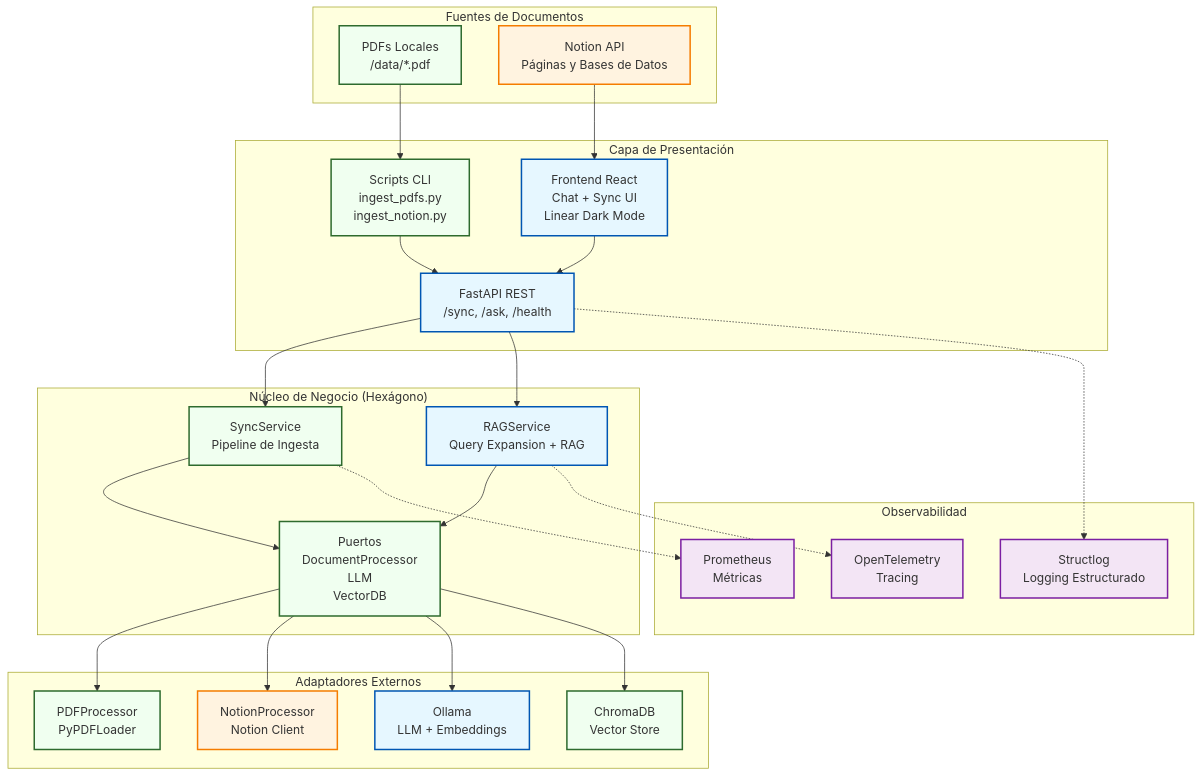
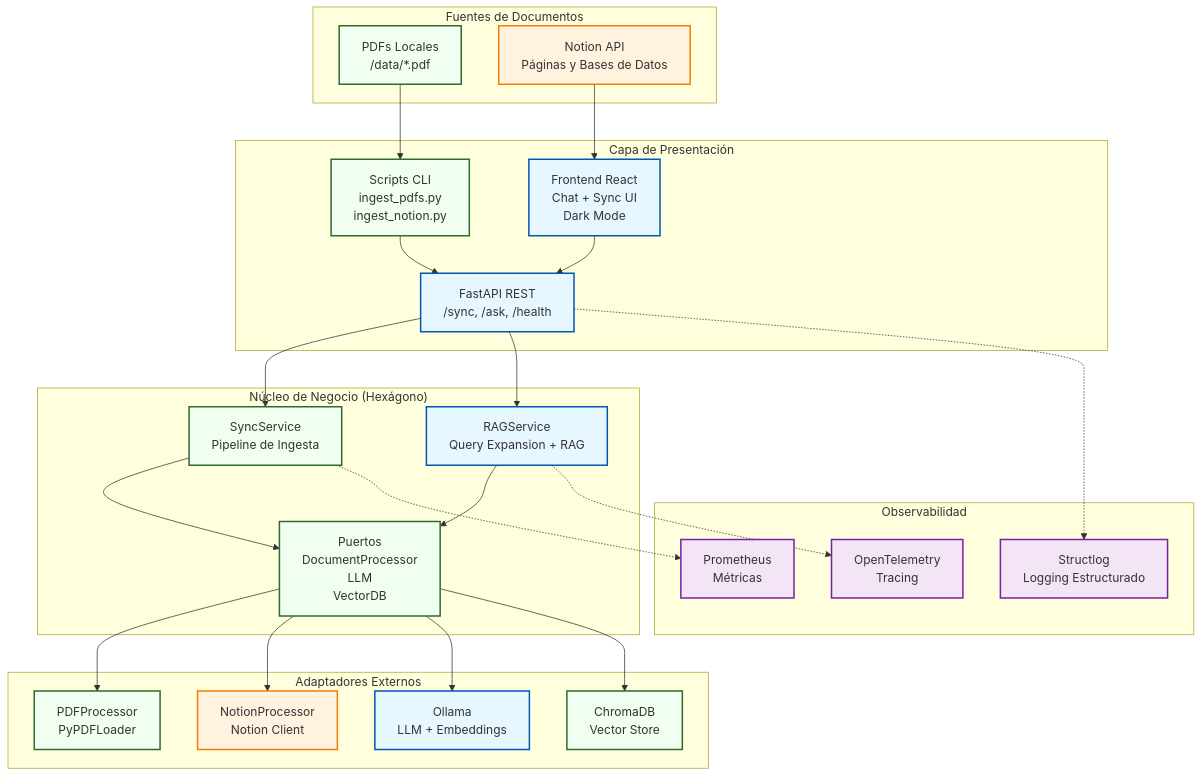
The first of 5 diagrams in README.md (mrodespin/aibrarian), drawn with Mermaid before and after one commit. The commit also changed other lines of this file and 2 other files, not shown here.

````diff
--- a/README.md
+++ b/README.md
@@ -39,75 +39,75 @@
 ```mermaid
 graph TD
     %% --- Definiciones de Estilo ---
     classDef mvp fill:#f0fff0,stroke:#2e6b2e,stroke-width:2px;
     classDef phase1 fill:#e6f7ff,stroke:#0056b3,stroke-width:2px;
     classDef extension fill:#fff3e0,stroke:#f57c00,stroke-width:2px;
     classDef observability fill:#f3e5f5,stroke:#7b1fa2,stroke-width:2px;
 
     %% --- Fuentes de Datos ---
     subgraph "Fuentes de Documentos"
         PDFs["PDFs Locales<br>/data/*.pdf"]
         NotionAPI["Notion API<br>Páginas y Bases de Datos"]
     end
 
     %% --- Adaptadores de Entrada ---
     subgraph "Capa de Presentación"
-        UI["Frontend React<br>Chat + Sync UI<br>Linear Dark Mode"]
+        UI["Frontend React<br>Chat + Sync UI<br>Dark Mode"]
         CLI["Scripts CLI<br>ingest_pdfs.py<br>ingest_notion.py"]
         API["FastAPI REST<br>/sync, /ask, /health"]
     end
 
     %% --- Observabilidad ---
     subgraph "Observabilidad"
         Logging["Structlog<br>Logging Estructurado"]
         Metrics["Prometheus<br>Métricas"]
         Tracing["OpenTelemetry<br>Tracing"]
     end
 
     %% --- Núcleo Hexagonal ---
     subgraph "Núcleo de Negocio (Hexágono)"
         SyncService["SyncService<br>Pipeline de Ingesta"]
         RAGService["RAGService<br>Query Expansion + RAG"]
         Ports["Puertos<br>DocumentProcessor<br>LLM<br>VectorDB"]
     end
 
     %% --- Adaptadores de Salida ---
     subgraph "Adaptadores Externos"
         PDFAdapter["PDFProcessor<br>PyPDFLoader"]
         NotionAdapter["NotionProcessor<br>Notion Client"]
         OllamaAdapter["Ollama<br>LLM + Embeddings"]
         ChromaAdapter["ChromaDB<br>Vector Store"]
     end
 
     %% --- Conexiones Presentación ---
     UI --> API
     CLI --> API
     PDFs --> CLI
     NotionAPI --> UI
 
     %% --- Conexiones API a Servicios ---
     API --> SyncService
     API --> RAGService
 
     %% --- Conexiones Servicios a Puertos ---
     SyncService --> Ports
     RAGService --> Ports
 
     %% --- Conexiones Puertos a Adaptadores ---
     Ports --> PDFAdapter
     Ports --> NotionAdapter
     Ports --> OllamaAdapter
     Ports --> ChromaAdapter
 
     %% --- Observabilidad ---
     API -.-> Logging
     SyncService -.-> Metrics
     RAGService -.-> Tracing
 
     %% --- Asignación de Clases ---
     class PDFs,CLI,SyncService,PDFAdapter,ChromaAdapter mvp
     class UI,RAGService,OllamaAdapter,API phase1
     class NotionAPI,NotionAdapter extension
     class Logging,Metrics,Tracing observability
     class Ports mvp
 ```
````
